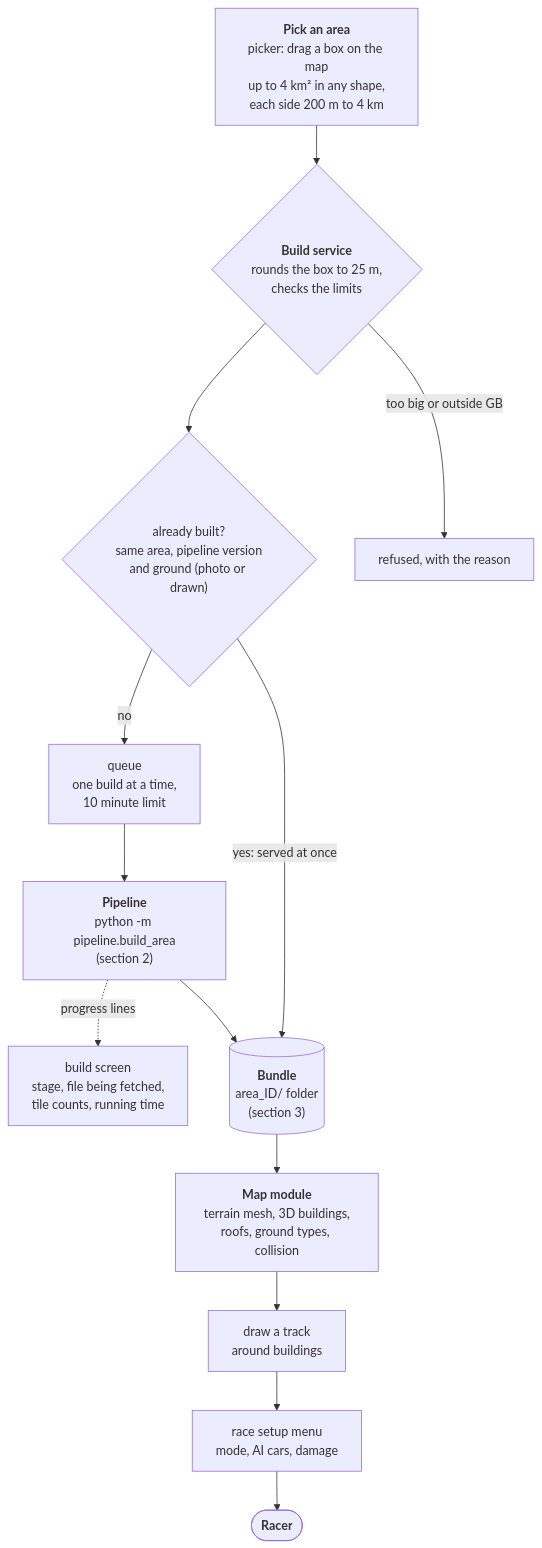
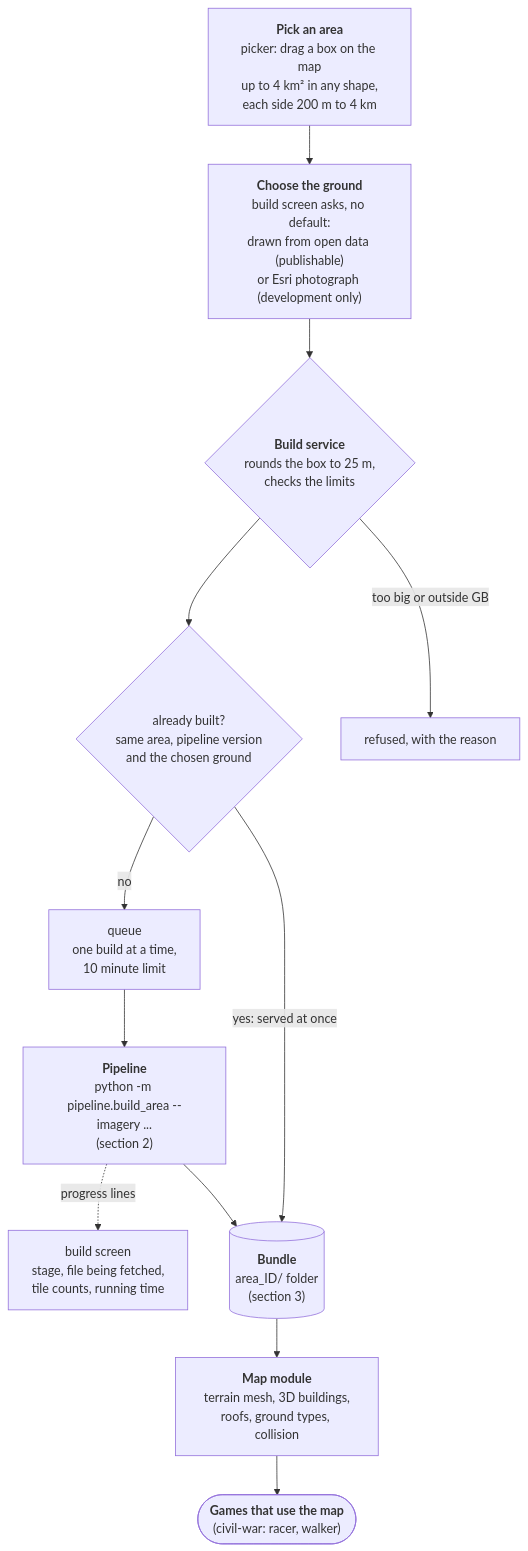
One commit to sergiomarrocoli/3d-model-of-anywhere changed the first of 3 diagrams in docs/build-process.md. Above: the diagram before and after it, drawn with Mermaid. The commit also changed other lines of this file and 1 other file, not shown here.

First line of the commit message:
Docs: bring the flow diagrams up to date with the ground choice and the sea rule

````diff
--- a/docs/build-process.md
+++ b/docs/build-process.md
@@ -7,23 +7,22 @@
 ```mermaid
 flowchart TD
     pick["<b>Pick an area</b><br/>picker: drag a box on the map<br/>up to 4 km² in any shape,<br/>each side 200 m to 4 km"]
+    choose["<b>Choose the ground</b><br/>build screen asks, no default:<br/>drawn from open data (publishable)<br/>or Esri photograph (development only)"]
     svc{"<b>Build service</b><br/>rounds the box to 25 m,<br/>checks the limits"}
-    cache{"already built?<br/>same area, pipeline version<br/>and ground (photo or drawn)"}
+    cache{"already built?<br/>same area, pipeline version<br/>and the chosen ground"}
     queue["queue<br/>one build at a time,<br/>10 minute limit"]
-    pipe["<b>Pipeline</b><br/>python -m pipeline.build_area<br/>(section 2)"]
+    pipe["<b>Pipeline</b><br/>python -m pipeline.build_area --imagery ...<br/>(section 2)"]
     screen["build screen<br/>stage, file being fetched,<br/>tile counts, running time"]
     bundle[("<b>Bundle</b><br/>area_ID/ folder<br/>(section 3)")]
     map["<b>Map module</b><br/>terrain mesh, 3D buildings,<br/>roofs, ground types, collision"]
-    track["draw a track<br/>around buildings"]
-    menu["race setup menu<br/>mode, AI cars, damage"]
-    race(["<b>Racer</b>"])
+    games(["<b>Games that use the map</b><br/>(civil-war: racer, walker)"])
 
-    pick --> svc
+    pick --> choose --> svc
     svc -- "too big or outside GB" --> refuse["refused, with the reason"]
     svc --> cache
     cache -- "yes: served at once" --> bundle
     cache -- "no" --> queue --> pipe
     pipe -. "progress lines" .-> screen
     pipe --> bundle
-    bundle --> map --> track --> menu --> race
+    bundle --> map --> games
 ```
````
